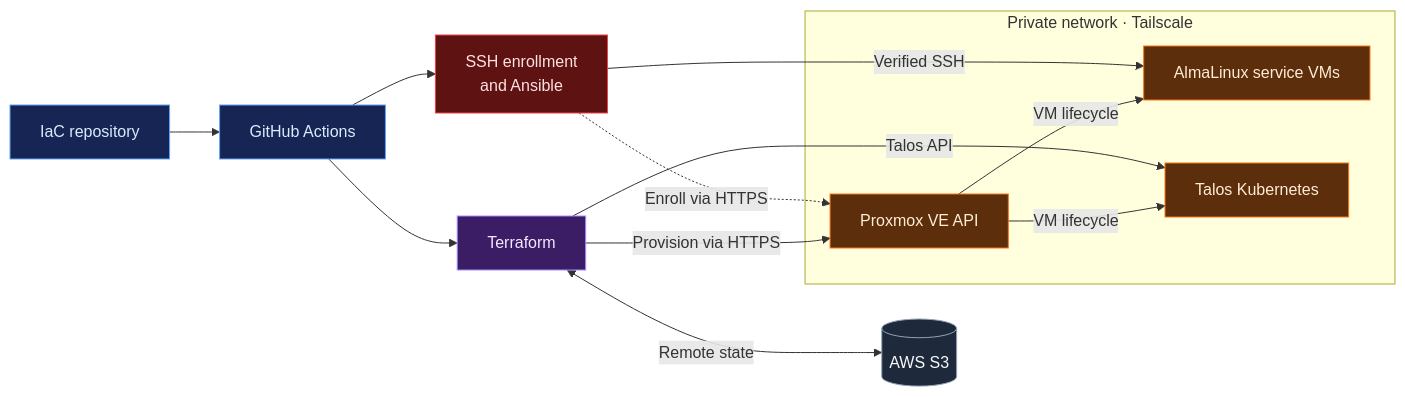
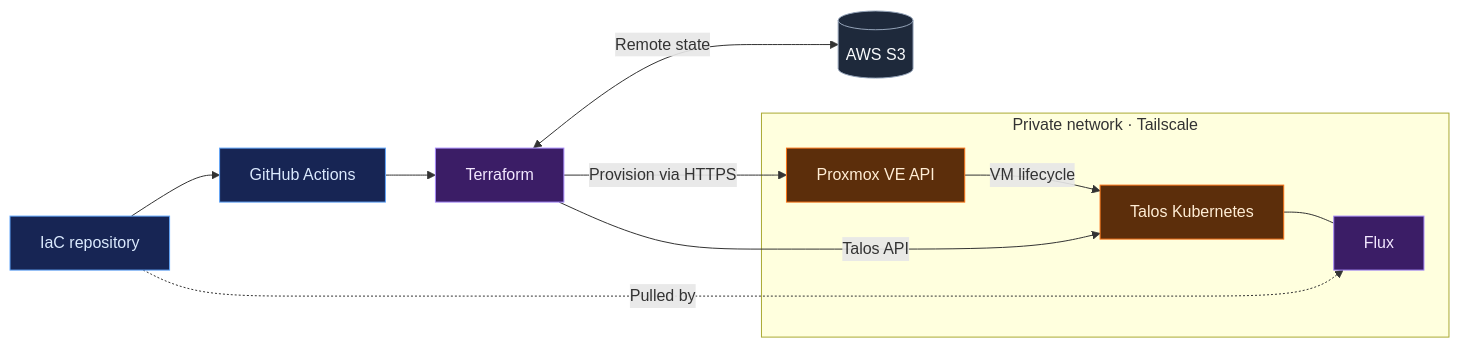
One commit to rauland/iac changed the diagram in README.md. Above: the diagram before and after it, drawn with Mermaid. The commit also changed other lines of this file and 91 other files, not shown here.

First line of the commit message:
Remove the SSH, Ansible and VM-module stack (#58)

````diff
--- a/README.md
+++ b/README.md
@@ -31,32 +31,28 @@
 ```mermaid
 flowchart LR
     repo["IaC repository"] --> actions["GitHub Actions"]
     actions --> terraform["Terraform"]
-    actions --> ansible["SSH enrollment<br/>and Ansible"]
     terraform <-->|Remote state| state[("AWS S3")]
 
     subgraph private["Private network · Tailscale"]
         proxmox["Proxmox VE API"]
-        vms["AlmaLinux service VMs"]
         talos["Talos Kubernetes"]
-        proxmox -->|VM lifecycle| vms
+        flux["Flux"]
         proxmox -->|VM lifecycle| talos
+        talos --- flux
     end
 
     terraform -->|Provision via HTTPS| proxmox
     terraform -->|Talos API| talos
-    ansible -.->|Enroll via HTTPS| proxmox
-    ansible -->|Verified SSH| vms
+    repo -.->|Pulled by| flux
 
     classDef automation fill:#172554,stroke:#60A5FA,color:#DBEAFE
     classDef provisioning fill:#3B1D66,stroke:#A78BFA,color:#F3E8FF
-    classDef configuration fill:#5F1212,stroke:#EF4444,color:#FEE2E2
     classDef storage fill:#1E293B,stroke:#94A3B8,color:#F8FAFC
     classDef infrastructure fill:#5C2E0B,stroke:#F97316,color:#FFEDD5
 
     class repo,actions automation
-    class terraform provisioning
-    class ansible configuration
+    class terraform,flux provisioning
     class state storage
-    class proxmox,vms,talos infrastructure
+    class proxmox,talos infrastructure
 ```
````
